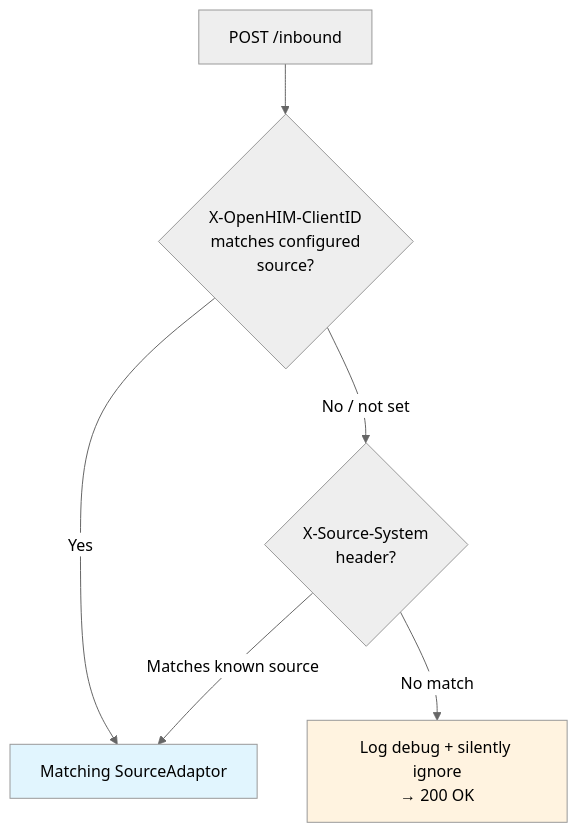
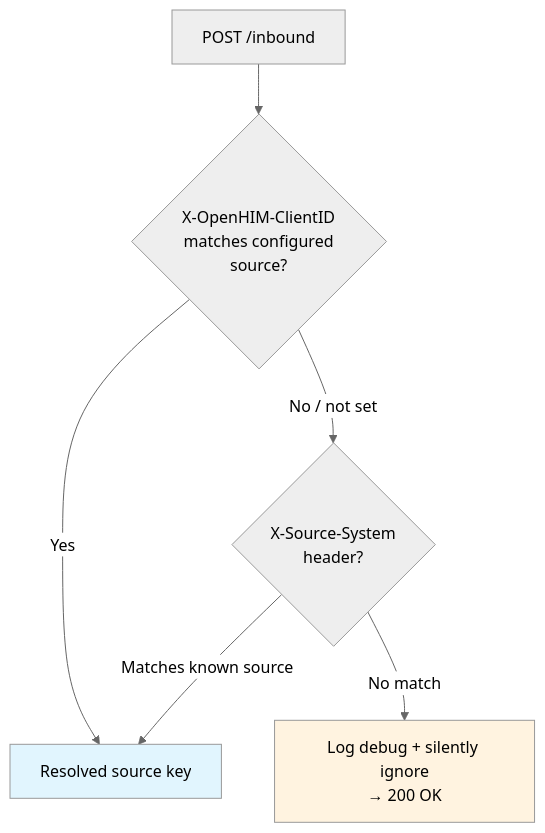
One commit to Jayaprakash8887/openhim-cce-emitter-adaptor changed the third of 8 diagrams in docs/flow-diagrams.md. Above: the diagram before and after it, drawn with Mermaid (neutral theme). The commit also changed other lines of this file and 11 other files, not shown here.

````diff
--- a/docs/flow-diagrams.md
+++ b/docs/flow-diagrams.md
@@ -95,13 +90,13 @@
 ```mermaid
 flowchart TD
     A[POST /inbound] --> B{X-OpenHIM-ClientID<br/>matches configured<br/>source?}
 
-    B -->|Yes| C[Matching SourceAdaptor]
+    B -->|Yes| C[Resolved source key]
     B -->|No / not set| G{X-Source-System<br/>header?}
 
     G -->|Matches known source| C
     G -->|No match| J[Log debug + silently ignore<br/>→ 200 OK]
 
     style C fill:#e1f5fe
     style J fill:#fff3e0
 ```
````
